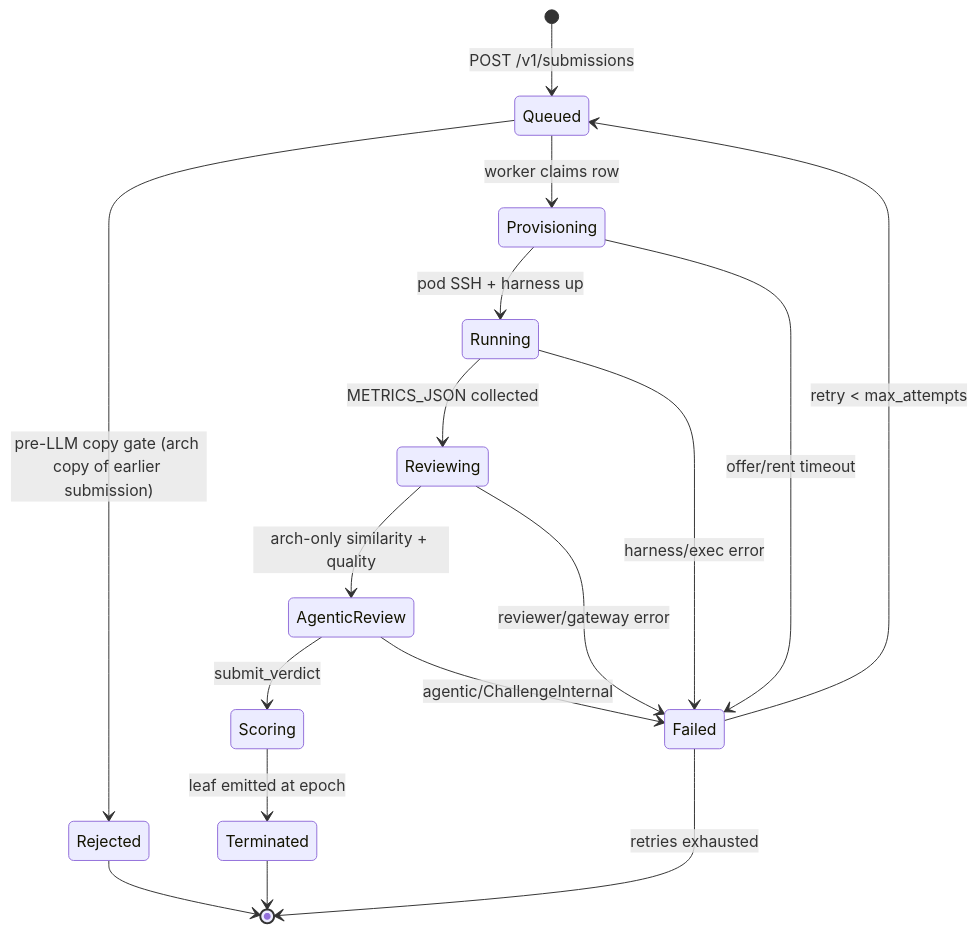
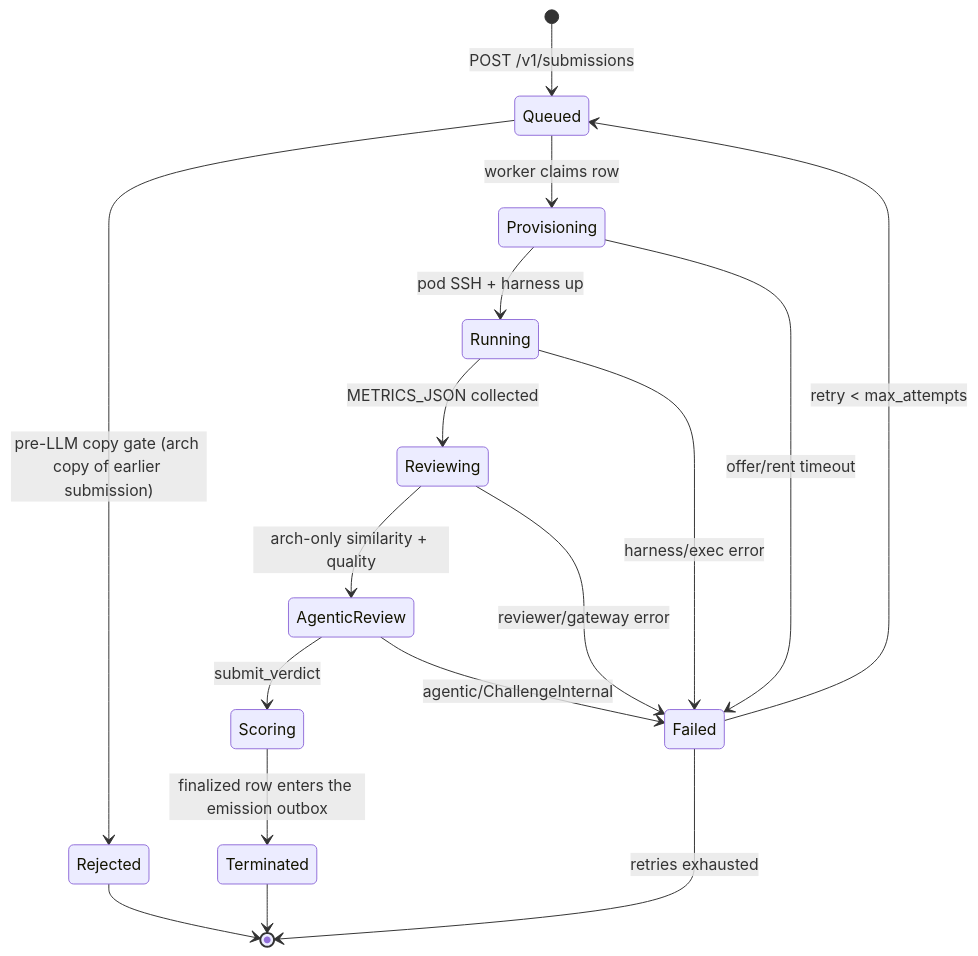
One commit to BaseIntelligence/base changed the diagram in docs/PRISM.md. Above: the diagram before and after it, drawn with Mermaid. The commit also changed other lines of this file and 23 other files, not shown here.

First line of the commit message:
fix(prism): epoch-close leaf emission via exactly-once outbox

````diff
--- a/docs/PRISM.md
+++ b/docs/PRISM.md
@@ -40,19 +41,19 @@
 ```mermaid
 stateDiagram-v2
     [*] --> Queued: POST /v1/submissions
     Queued --> Rejected: pre-LLM copy gate (arch copy of earlier submission)
     Queued --> Provisioning: worker claims row
     Provisioning --> Running: pod SSH + harness up
     Running --> Reviewing: METRICS_JSON collected
     Reviewing --> AgenticReview: arch-only similarity + quality
     AgenticReview --> Scoring: submit_verdict
-    Scoring --> Terminated: leaf emitted at epoch
+    Scoring --> Terminated: finalized row enters the emission outbox
     Provisioning --> Failed: offer/rent timeout
     Running --> Failed: harness/exec error
     Reviewing --> Failed: reviewer/gateway error
     AgenticReview --> Failed: agentic/ChallengeInternal
     Failed --> Queued: retry < max_attempts
     Failed --> [*]: retries exhausted
     Rejected --> [*]
     Terminated --> [*]
 ```
````
